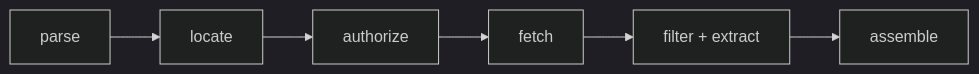
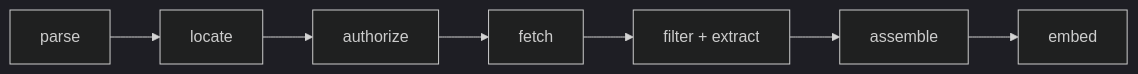
One commit to jmanuelc87/scorekeeper changed the diagram in docs/retrieval-pipeline.md. Above: the diagram before and after it, drawn with Mermaid (dark theme). The commit also changed other lines of this file and 39 other files, not shown here.

````diff
--- a/docs/retrieval-pipeline.md
+++ b/docs/retrieval-pipeline.md
@@ -36,5 +36,6 @@
 ```mermaid
 flowchart LR
     parse[parse] --> locate[locate] --> auth[authorize] --> fetch[fetch]
     fetch --> extract["filter + extract"] --> assemble[assemble]
+    assemble --> embed[embed]
 ```
````
